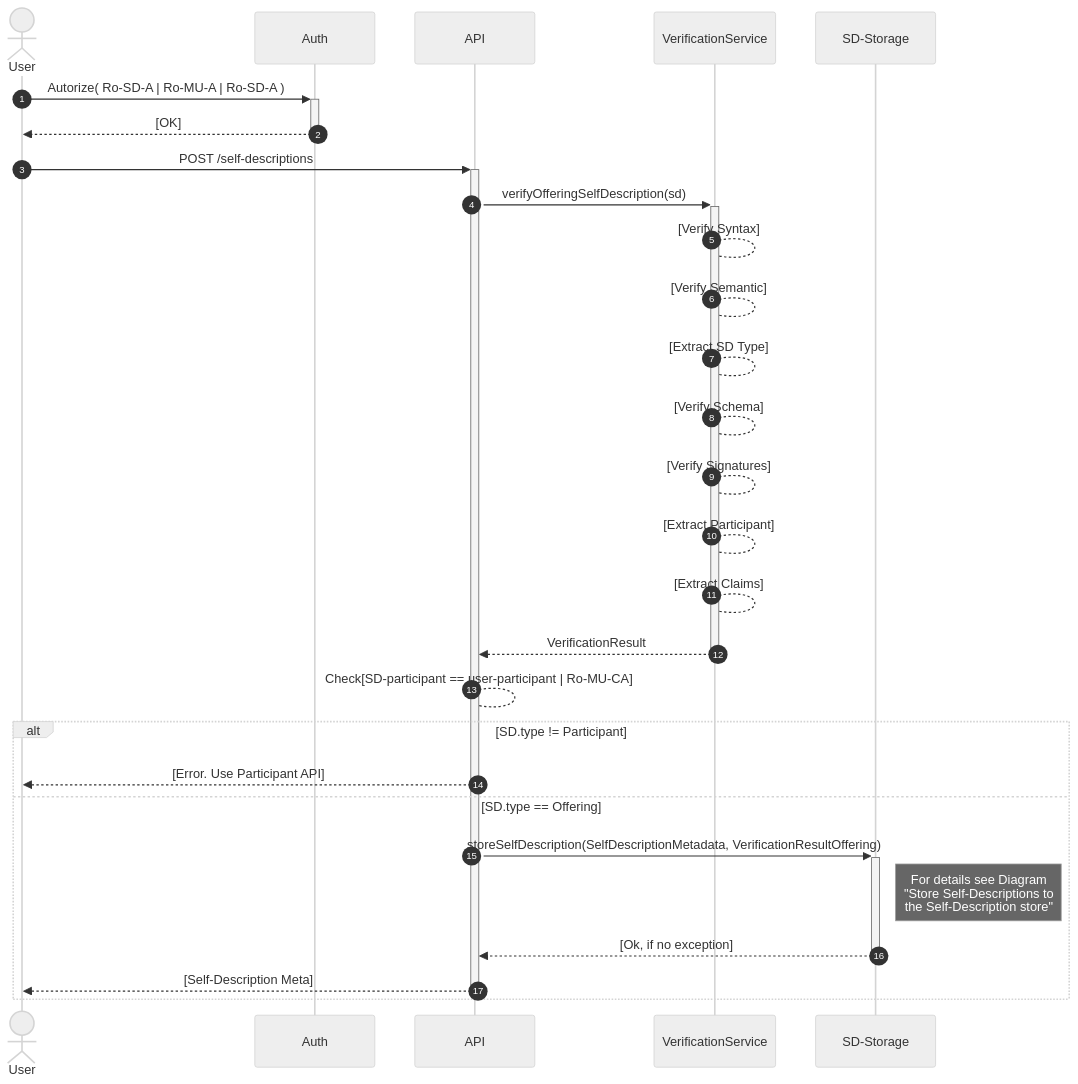
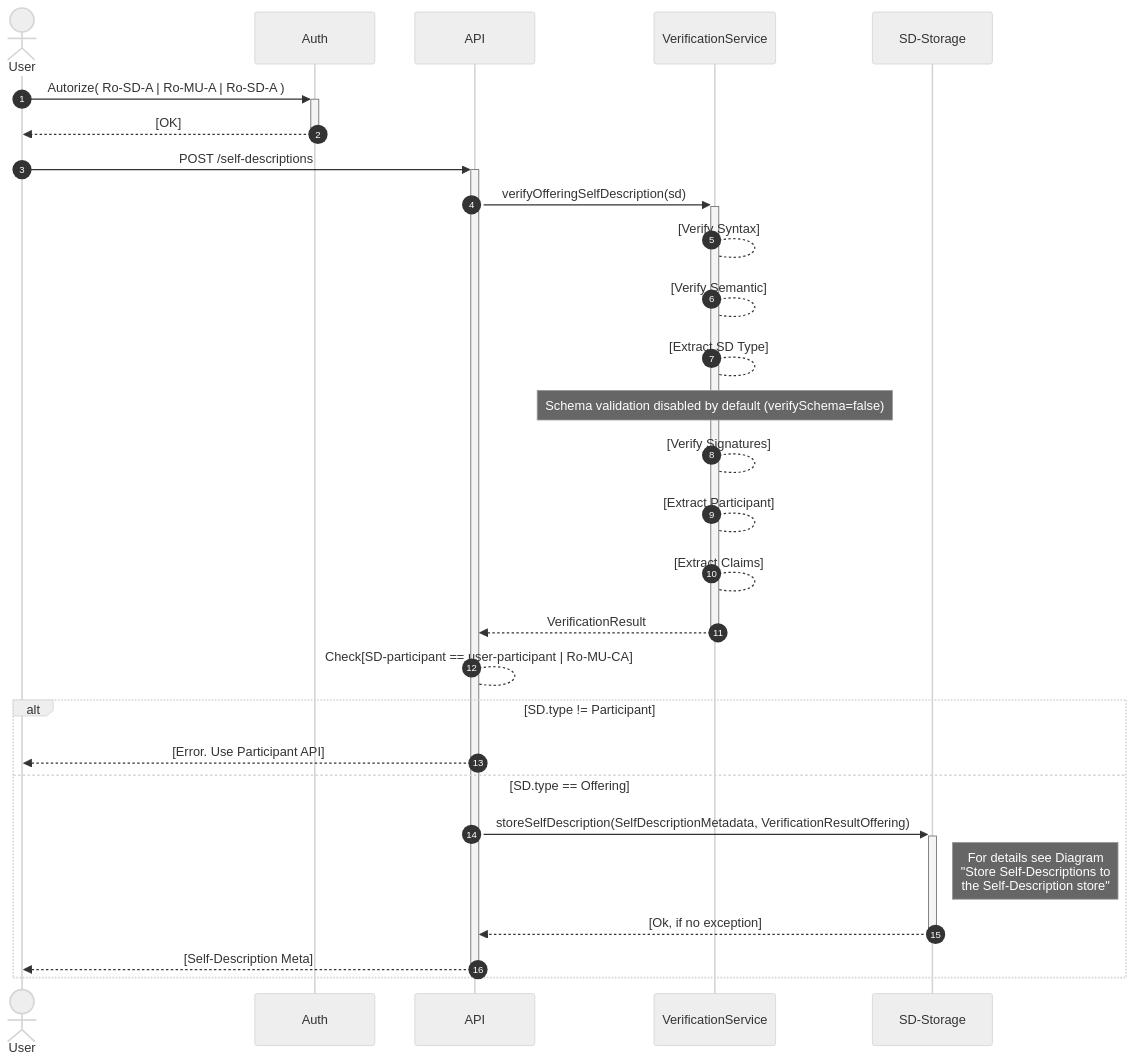
One commit to federated-catalogue-enhancements-2026/docs changed diagram 17 of 31 in federated-catalogue/src/docs/architecture/chapters/06_runtime_view.adoc. Above: the diagram before and after it, drawn with Mermaid (neutral theme). The commit also changed other lines of this file and 6 other files, not shown here.

First line of the commit message:
Enhancement [CAT-FR-SF-04] : schema validation disabled for SD/Asset (#1)

```diff
--- a/federated-catalogue/src/docs/architecture/chapters/06_runtime_view.adoc
+++ b/federated-catalogue/src/docs/architecture/chapters/06_runtime_view.adoc
@@ -558,31 +558,31 @@
 [mermaid, width=2000]
 ....
 sequenceDiagram
     autonumber
     actor User
     participant Auth
     participant API
     participant VerificationService
     participant SDStore as SD-Storage
     User ->> + Auth:Autorize( Ro-SD-A | Ro-MU-A | Ro-SD-A )
     Auth -->> - User:[OK]
     User ->> + API:POST /self-descriptions
     API ->> + VerificationService:verifyOfferingSelfDescription(sd)
     VerificationService --> VerificationService:[Verify Syntax]
     VerificationService --> VerificationService:[Verify Semantic]
     VerificationService --> VerificationService:[Extract SD Type]
-    VerificationService --> VerificationService:[Verify Schema]
+    Note over VerificationService: Schema validation disabled by default (verifySchema=false)
     VerificationService --> VerificationService:[Verify Signatures]
     VerificationService --> VerificationService:[Extract Participant]
     VerificationService --> VerificationService:[Extract Claims]
     VerificationService -->> - API:VerificationResult
     API --> API:Check[SD-participant == user-participant | Ro-MU-CA]
     alt SD.type != Participant
         API -->> User: [Error. Use Participant API]
     else SD.type == Offering
         API ->> + SDStore: storeSelfDescription(SelfDescriptionMetadata, VerificationResultOffering)
     Note right of SDStore: For details see Diagram <br /> "Store Self-Descriptions to <br /> the Self-Description store"
         SDStore -->> - API: [Ok, if no exception]
         API -->> - User:[Self-Description Meta]
     end
 ....
```
